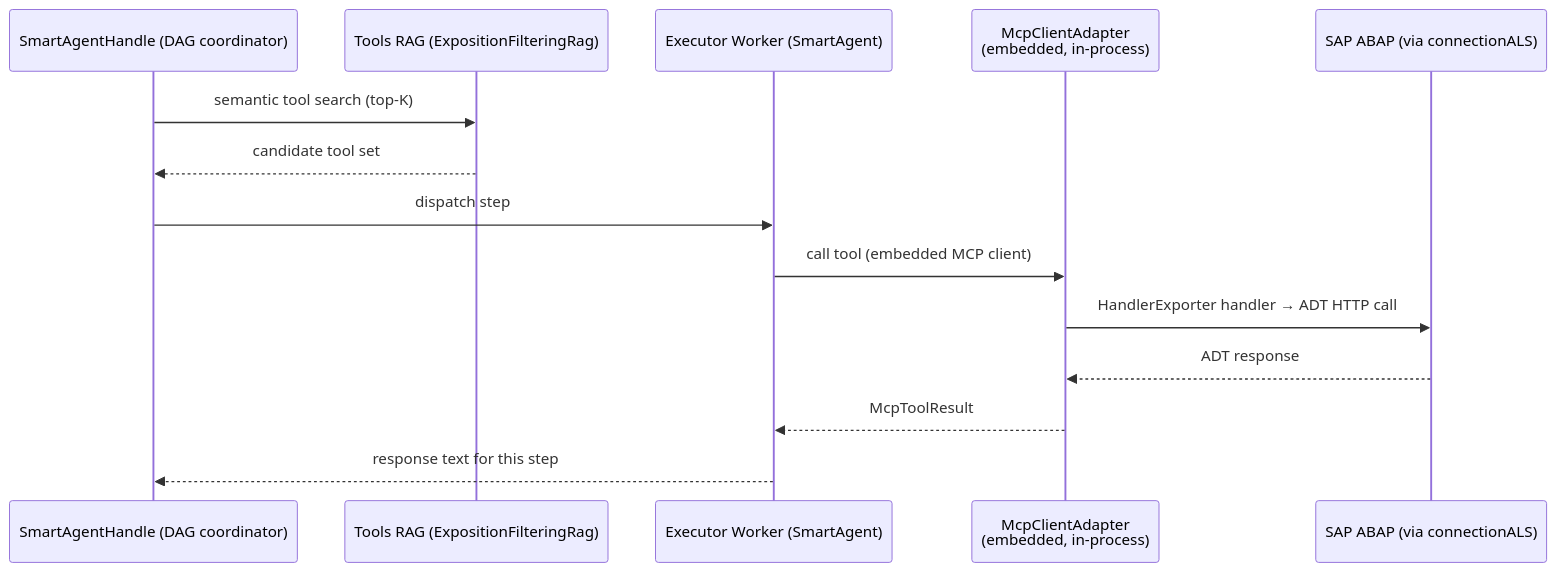
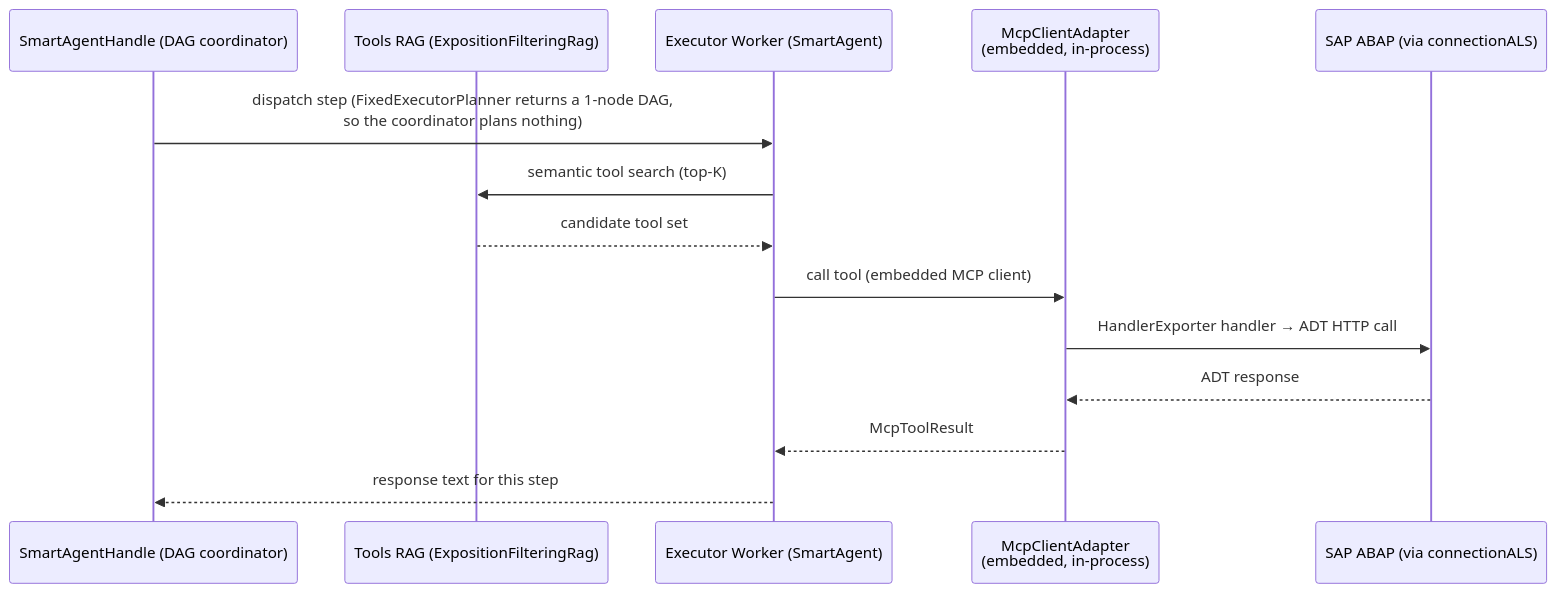
Before and after one commit to fr0ster/cloud-llm-hub: diagram 12 of 24 in docs/architecture/ARCHITECTURE.md, drawn with Mermaid. The commit also changed other lines of this file and 37 other files, not shown here.

````diff
--- a/docs/architecture/ARCHITECTURE.md
+++ b/docs/architecture/ARCHITECTURE.md
@@ -723,17 +731,17 @@
 ```mermaid
 sequenceDiagram
     participant Handle as SmartAgentHandle (DAG coordinator)
     participant RAG as Tools RAG (ExpositionFilteringRag)
     participant Exec as Executor Worker (SmartAgent)
     participant Adapter as McpClientAdapter<br/>(embedded, in-process)
     participant ABAP as SAP ABAP (via connectionALS)
 
-    Handle->>RAG: semantic tool search (top-K)
-    RAG-->>Handle: candidate tool set
-    Handle->>Exec: dispatch step
+    Handle->>Exec: dispatch step (FixedExecutorPlanner returns a 1-node DAG,<br/>so the coordinator plans nothing)
+    Exec->>RAG: semantic tool search (top-K)
+    RAG-->>Exec: candidate tool set
     Exec->>Adapter: call tool (embedded MCP client)
     Adapter->>ABAP: HandlerExporter handler → ADT HTTP call
     ABAP-->>Adapter: ADT response
     Adapter-->>Exec: McpToolResult
     Exec-->>Handle: response text for this step
 ```
````
